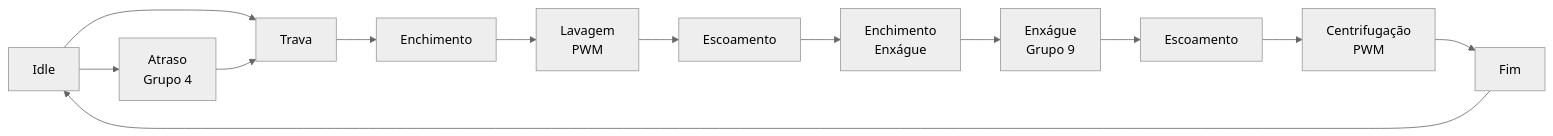
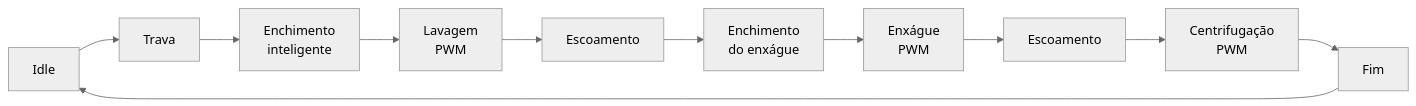
One commit to luciano-andrde/Projeto_Microcontroladores_Maquina changed the diagram in README.md. Above: the diagram before and after it, drawn with Mermaid (neutral theme). The commit also changed other lines of this file and 2 other files, not shown here.

````diff
--- a/README.md
+++ b/README.md
@@ -21,15 +20,13 @@
 ```mermaid
 flowchart LR
-  IDLE[Idle] --> DELAY[Atraso<br/>Grupo 4]
-  IDLE --> LOCK[Trava]
-  DELAY --> LOCK
-  LOCK --> FILL[Enchimento]
+  IDLE[Idle] --> LOCK[Trava]
+  LOCK --> FILL[Enchimento<br/>inteligente]
   FILL --> WASH[Lavagem<br/>PWM]
   WASH --> DRAIN1[Escoamento]
-  DRAIN1 --> RFILL[Enchimento<br/>Enxágue]
-  RFILL --> RINSE[Enxágue<br/>Grupo 9]
+  DRAIN1 --> RFILL[Enchimento<br/>do enxágue]
+  RFILL --> RINSE[Enxágue<br/>PWM]
   RINSE --> DRAIN2[Escoamento]
   DRAIN2 --> SPIN[Centrifugação<br/>PWM]
   SPIN --> DONE[Fim]
   DONE --> IDLE
 ```
````
